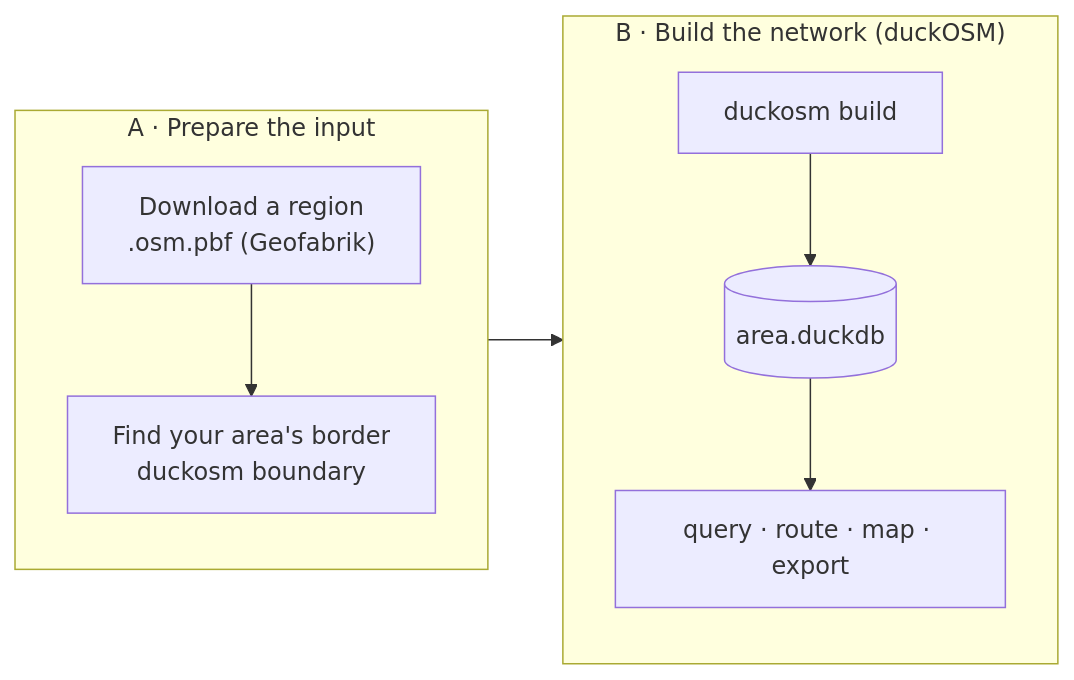
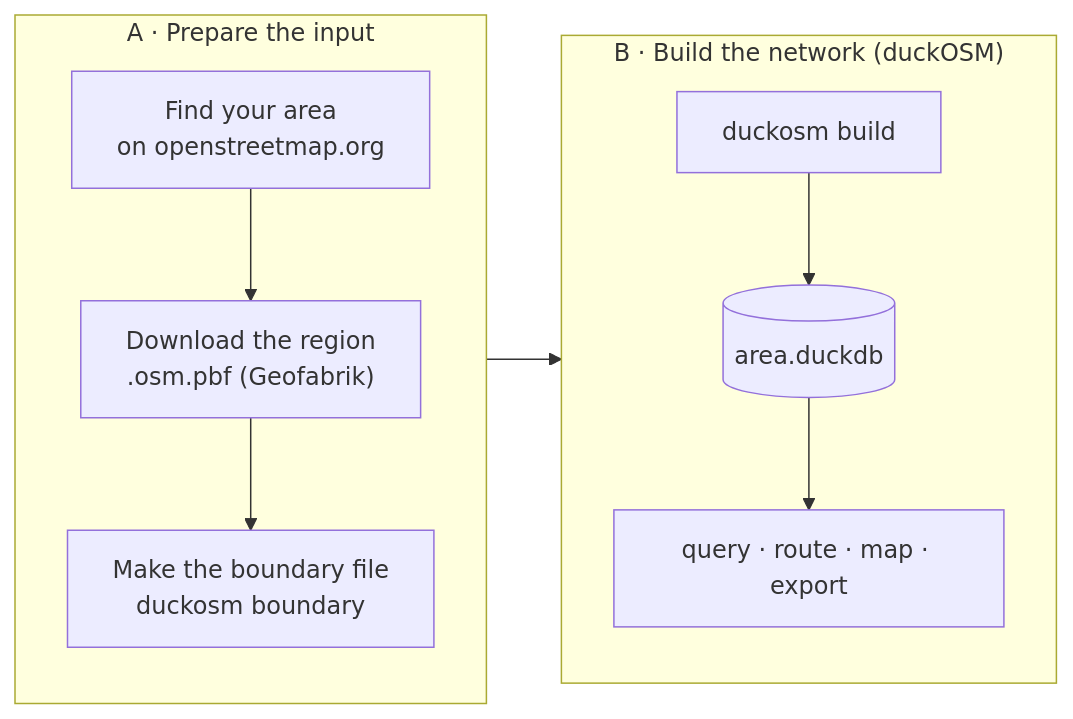
Before and after one commit to Khoshkhah/duckOSM: the diagram in docs/user_manual.md, drawn with Mermaid. The commit also changed other lines of this file, not shown here.

First line of the commit message:
docs: the workflow starts by finding the area on openstreetmap.org

````diff
--- a/docs/user_manual.md
+++ b/docs/user_manual.md
@@ -21,15 +21,16 @@
 ```mermaid
 flowchart LR
     subgraph PREP["A · Prepare the input"]
         direction TB
-        A1["Download a region<br/>.osm.pbf (Geofabrik)"]
-        A2["Find your area's border<br/>duckosm boundary"]
-        A1 --> A2
+        A1["Find your area<br/>on openstreetmap.org"]
+        A2["Download the region<br/>.osm.pbf (Geofabrik)"]
+        A3["Make the boundary file<br/>duckosm boundary"]
+        A1 --> A2 --> A3
     end
     subgraph BUILD["B · Build the network (duckOSM)"]
         direction TB
         B1["duckosm build"] --> B2[("area.duckdb")]
         B2 --> B3["query · route · map · export"]
     end
     PREP --> BUILD
 ```
````
